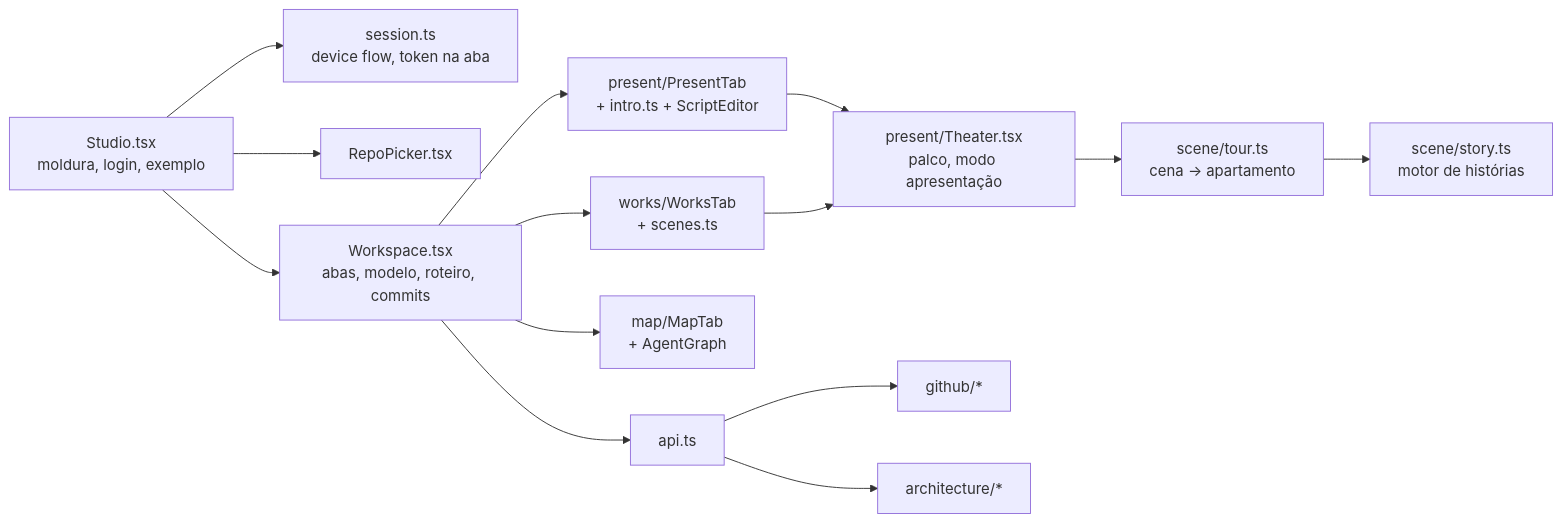
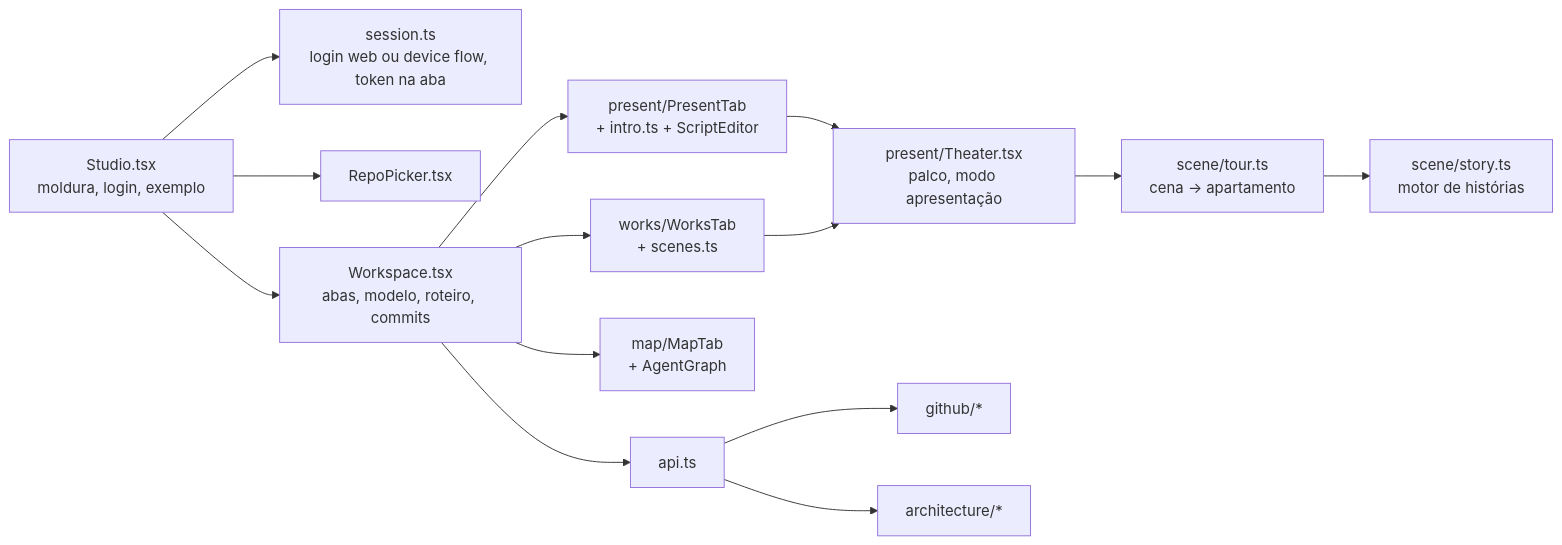
One commit to Yourdevdaniel/repartments changed the third of 5 diagrams in docs/arquitetura.md. Above: the diagram before and after it, drawn with Mermaid. The commit also changed other lines of this file and 6 other files, not shown here.

````diff
--- a/docs/arquitetura.md
+++ b/docs/arquitetura.md
@@ -103,16 +106,16 @@
 ```mermaid
 flowchart LR
-  Studio[Studio.tsx<br/>moldura, login, exemplo] --> Session[session.ts<br/>device flow, token na aba]
+  Studio[Studio.tsx<br/>moldura, login, exemplo] --> Session[session.ts<br/>login web ou device flow, token na aba]
   Studio --> Picker[RepoPicker.tsx]
   Studio --> Workspace[Workspace.tsx<br/>abas, modelo, roteiro, commits]
   Workspace --> Present[present/PresentTab<br/>+ intro.ts + ScriptEditor]
   Workspace --> Works[works/WorksTab<br/>+ scenes.ts]
   Workspace --> Map[map/MapTab<br/>+ AgentGraph]
   Present --> Theater[present/Theater.tsx<br/>palco, modo apresentação]
   Works --> Theater
   Theater --> Tour[scene/tour.ts<br/>cena → apartamento]
   Tour --> Story[scene/story.ts<br/>motor de histórias]
   Workspace --> Api[api.ts]
   Api --> GH[github/*]
   Api --> Arch[architecture/*]
 ```
````
